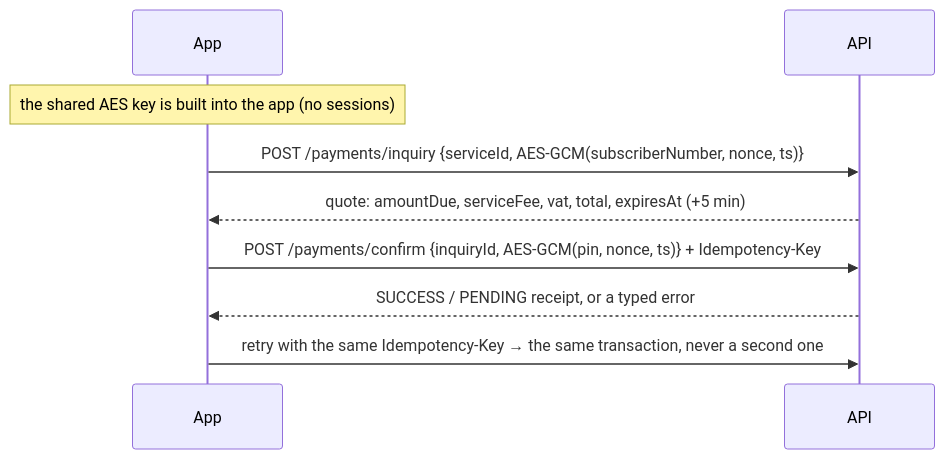
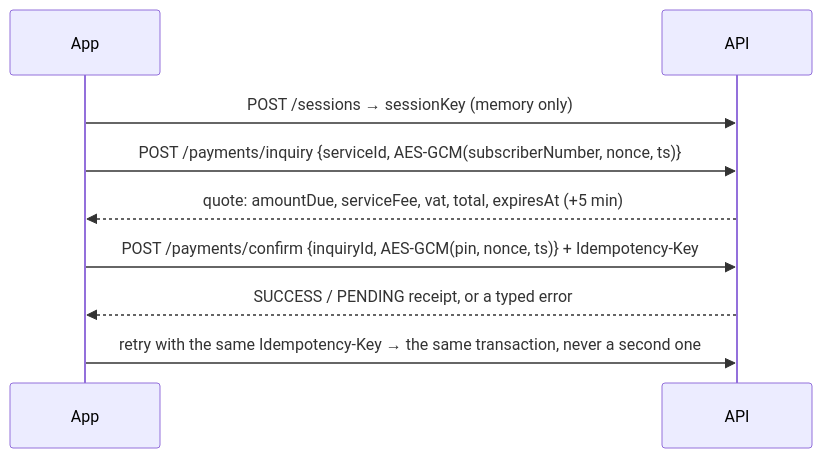
Before and after one commit to M-o-m-e-n/Momkn-pay-backend: the first of 2 diagrams in README.md, drawn with Mermaid. The commit also changed other lines of this file and 4 other files, not shown here.

````diff
--- a/README.md
+++ b/README.md
@@ -110,11 +107,11 @@
 ```mermaid
 sequenceDiagram
     participant App
     participant API
-    Note over App: the shared AES key is built into the app (no sessions)
+    App->>API: POST /sessions → sessionKey (memory only)
     App->>API: POST /payments/inquiry {serviceId, AES-GCM(subscriberNumber, nonce, ts)}
     API-->>App: quote: amountDue, serviceFee, vat, total, expiresAt (+5 min)
     App->>API: POST /payments/confirm {inquiryId, AES-GCM(pin, nonce, ts)} + Idempotency-Key
     API-->>App: SUCCESS / PENDING receipt, or a typed error
     App->>API: retry with the same Idempotency-Key → the same transaction, never a second one
 ```
````
